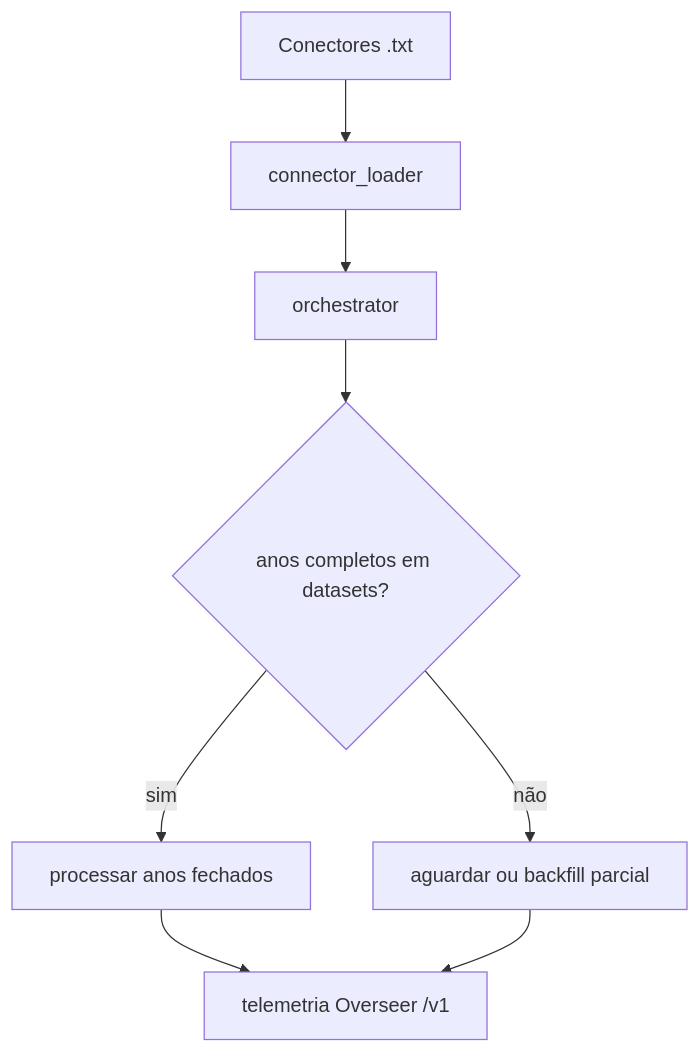
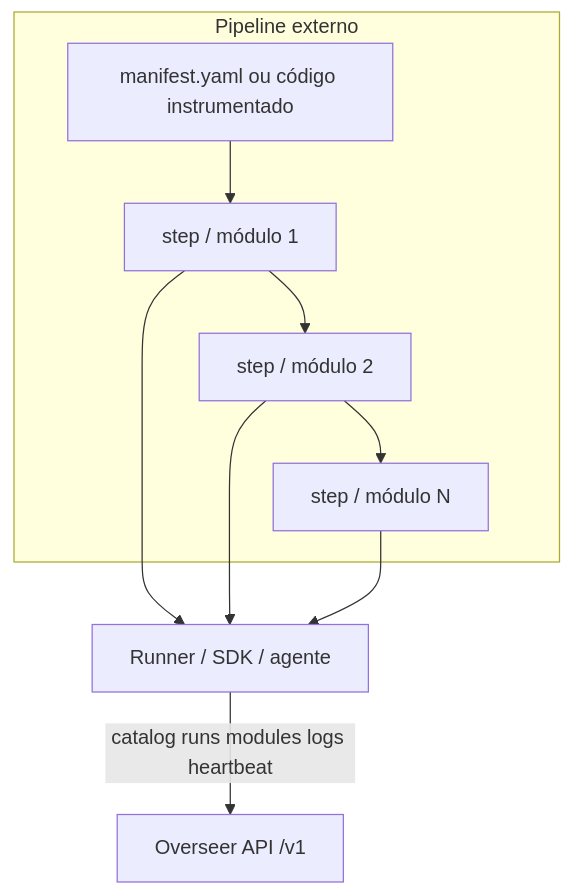
The first of 2 diagrams in README.md (emanuwells/Overseer), drawn with Mermaid before and after one commit. The commit also changed other lines of this file and 22 other files, not shown here.

````diff
--- a/README.md
+++ b/README.md
@@ -44,10 +44,15 @@
 ```mermaid
 flowchart TD
-  A[Conectores .txt] --> B[connector_loader]
-  B --> C[orchestrator]
-  C --> D{anos completos em datasets?}
-  D -->|sim| E[processar anos fechados]
-  D -->|não| F[aguardar ou backfill parcial]
-  E --> G[telemetria Overseer /v1]
-  F --> G
+  subgraph external [Pipeline externo]
+    M[manifest.yaml ou código instrumentado]
+    S1[step / módulo 1]
+    S2[step / módulo 2]
+    Sn[step / módulo N]
+    M --> S1 --> S2 --> Sn
+  end
+  R[Runner / SDK / agente]
+  S1 --> R
+  S2 --> R
+  Sn --> R
+  R -->|catalog runs modules logs heartbeat| API[Overseer API /v1]
 ```
````
